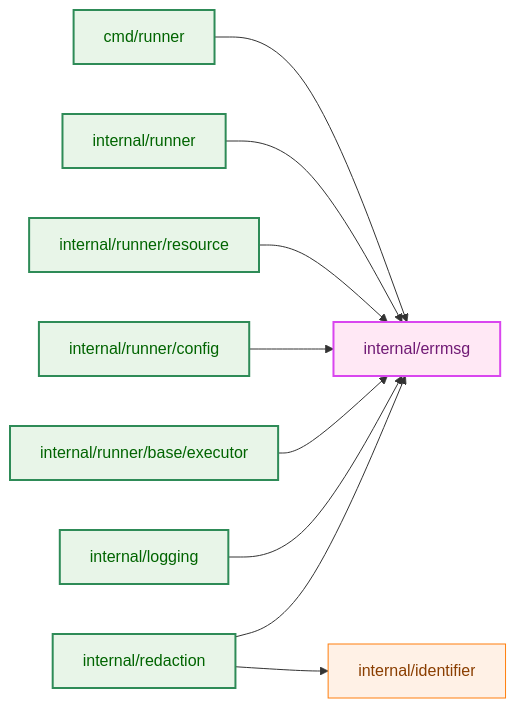
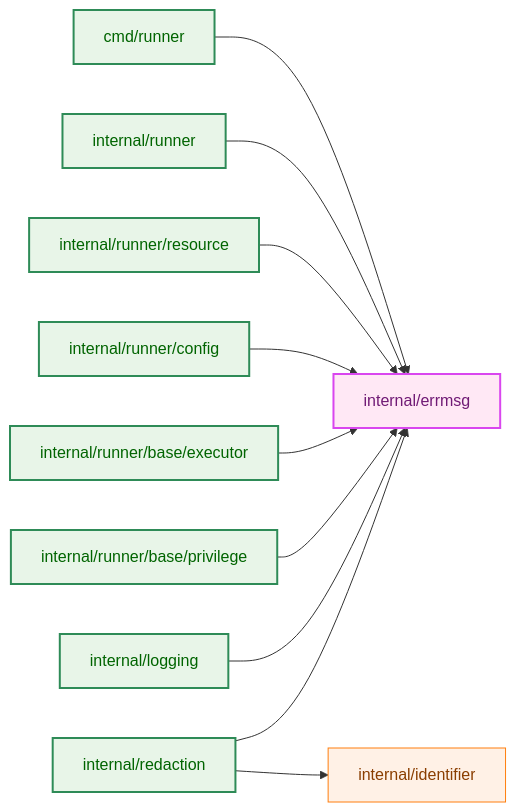
One commit to isseis/go-safe-cmd-runner changed the fourth of 7 diagrams in docs/tasks/0178_structured_error_message_redaction/02_architecture.md. Above: the diagram before and after it, drawn with Mermaid. The commit also changed other lines of this file and 1 other file, not shown here.

````diff
--- a/docs/tasks/0178_structured_error_message_redaction/02_architecture.md
+++ b/docs/tasks/0178_structured_error_message_redaction/02_architecture.md
@@ -172,29 +172,31 @@
 ```mermaid
 flowchart LR
     classDef process fill:#fff1e6,stroke:#ff7f0e,stroke-width:1px,color:#8a3e00;
     classDef enhanced fill:#e8f5e8,stroke:#2e8b57,stroke-width:2px,color:#006400;
     classDef newpkg fill:#ffe8f5,stroke:#d946ef,stroke-width:2px,color:#701a75;
 
     CMD["cmd/runner"]
     RUN["internal/runner"]
     RES["internal/runner/resource"]
     CFG["internal/runner/config"]
     EXE["internal/runner/base/executor"]
+    PRV["internal/runner/base/privilege"]
     LOG["internal/logging"]
     RED["internal/redaction"]
     MSG["internal/errmsg"]
     ID["internal/identifier"]
 
     CMD --> MSG
     RUN --> MSG
     RES --> MSG
     CFG --> MSG
     EXE --> MSG
+    PRV --> MSG
     LOG --> MSG
     RED --> MSG
     RED --> ID
 
-    class CMD,RUN,RES,CFG,EXE,LOG,RED enhanced
+    class CMD,RUN,RES,CFG,EXE,PRV,LOG,RED enhanced
     class MSG newpkg
     class ID process
 ```
````
